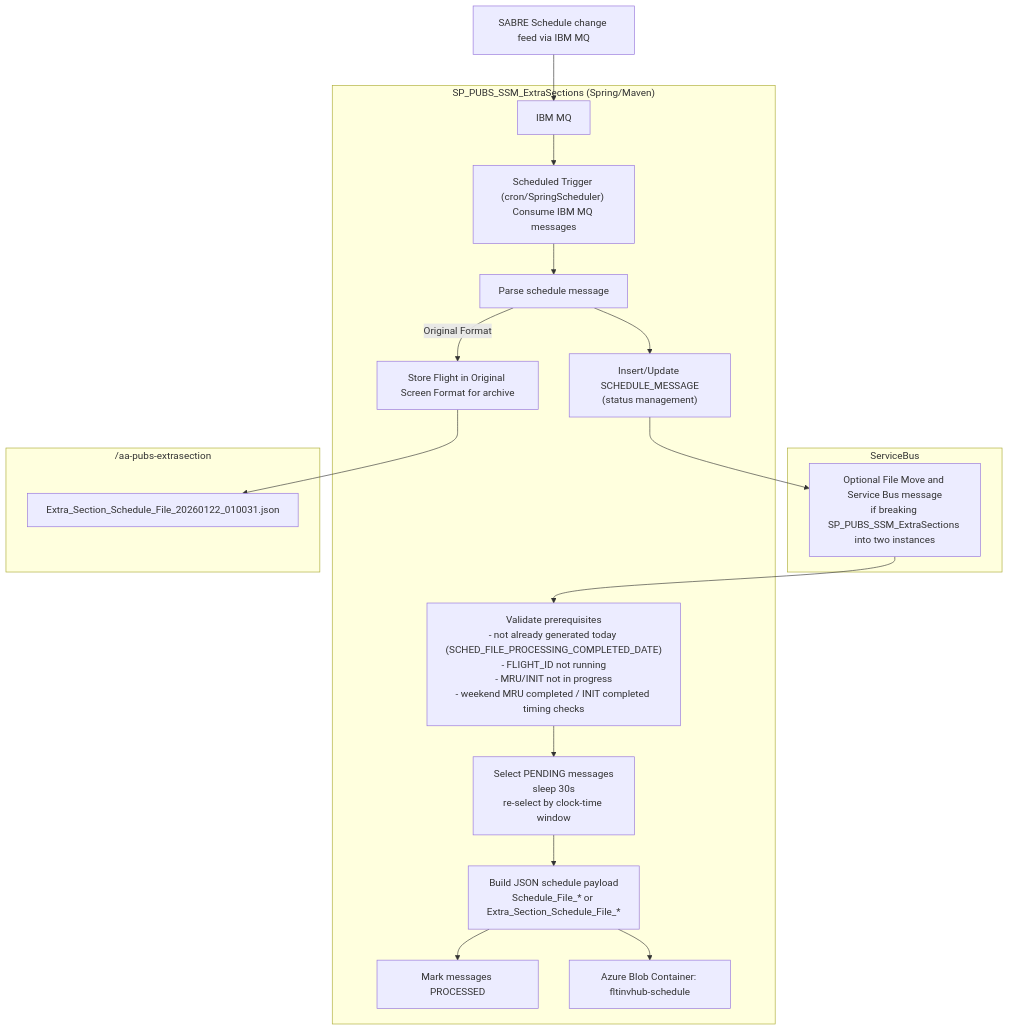
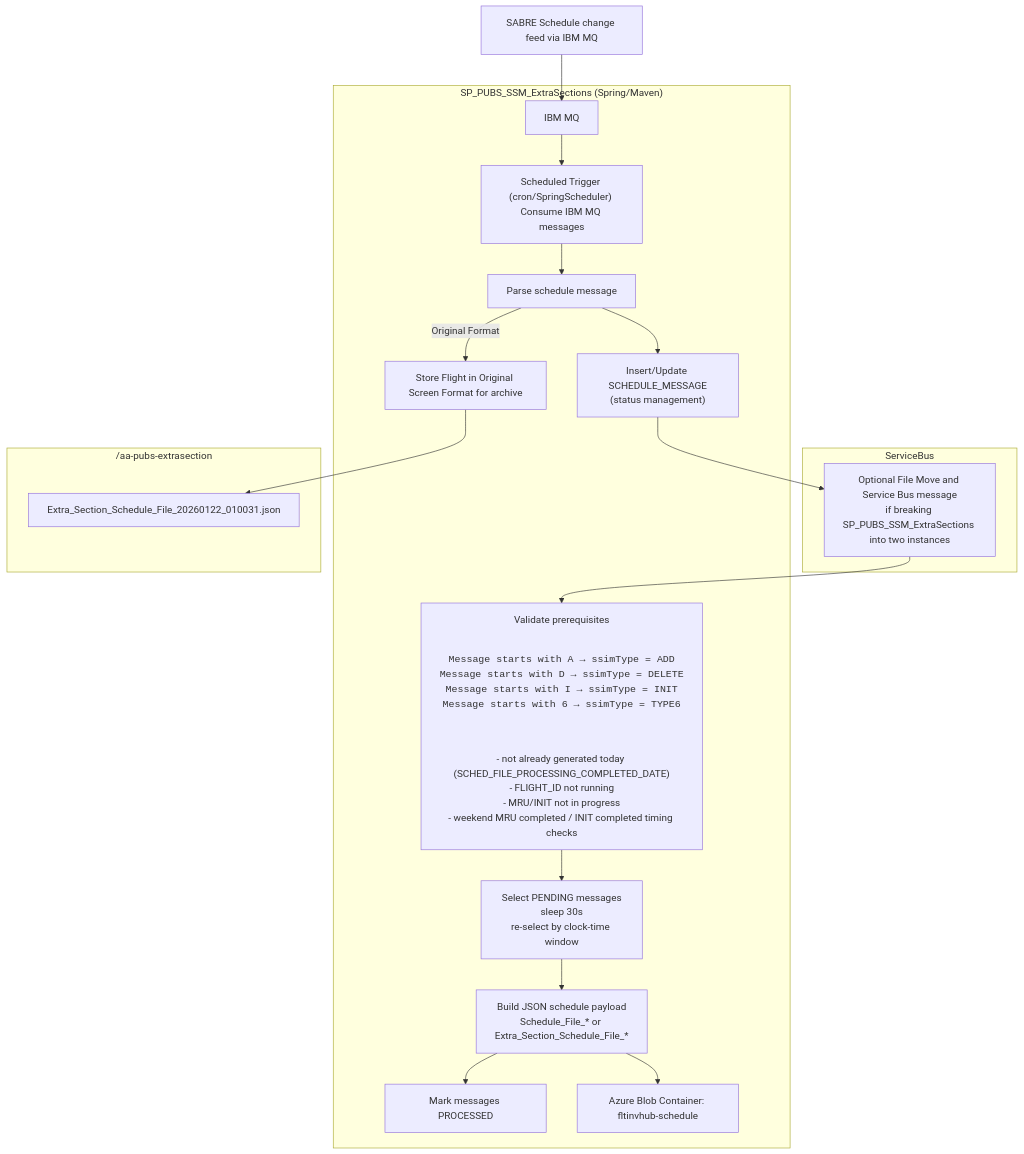
Before and after one commit to GarrenBagley366/SP_PUBS_SSM_ExtraSections: the diagram in README.md, drawn with Mermaid.

````diff
--- a/README.md
+++ b/README.md
@@ -15,36 +15,43 @@
 ```mermaid
 flowchart TD
   %% Sources
   SABRE["SABRE Schedule change feed via IBM MQ"] --> MQ["IBM MQ"]
 
   %% Generator
   subgraph GEN["SP_PUBS_SSM_ExtraSections (Spring/Maven)"]
     MQ --> G1["Scheduled Trigger (cron/SpringScheduler) Consume IBM MQ messages"]
     G1 --> G2["Parse schedule message"]
     click G2 href "https://github.com/AAInternal/FltInvhub_Schedule_FileProcessor/wiki/File-Processor-Business-Rules"
     G2 --> G3["Insert/Update SCHEDULE_MESSAGE<br/>(status management)"]
     G2 -->|Original Format| G4["Store Flight in Original Screen Format for archive<br/>"]
     
 
-G6["Validate prerequisites<br/>- not already generated today (SCHED_FILE_PROCESSING_COMPLETED_DATE)<br/>- FLIGHT_ID not running<br/>- MRU/INIT not in progress<br/>- weekend MRU completed / INIT completed timing checks"]
+G6["Validate prerequisites<br/>
+<pre>
+Message starts with A → ssimType = ADD
+Message starts with D → ssimType = DELETE
+Message starts with I → ssimType = INIT
+Message starts with 6 → ssimType = TYPE6
+</pre><br/>
+- not already generated today (SCHED_FILE_PROCESSING_COMPLETED_DATE)<br/>- FLIGHT_ID not running<br/>- MRU/INIT not in progress<br/>- weekend MRU completed / INIT completed timing checks"]
     G6 --> G7["Select PENDING messages<br/>sleep 30s<br/>re-select by clock-time window"]
     G7 --> G8["Build JSON schedule payload<br/>Schedule_File_* or Extra_Section_Schedule_File_*"]
     G8 --> G9["Mark messages PROCESSED"]
     G8 --> BLOB_IN["Azure Blob Container: fltinvhub-schedule"]
   end
 
   %% Message Bus
   subgraph ServiceBus
     SB["Optional File Move and Service Bus message<br>if breaking SP_PUBS_SSM_ExtraSections into two instances "]
   end
 
   subgraph DIR["/aa-pubs-extrasection"]
     FA["Extra_Section_Schedule_File_20260122_010031.json"]
   end
 
   %% Edges
   G3 --> SB
   G4 --> FA
   SB --> G6
 
 ```
````
